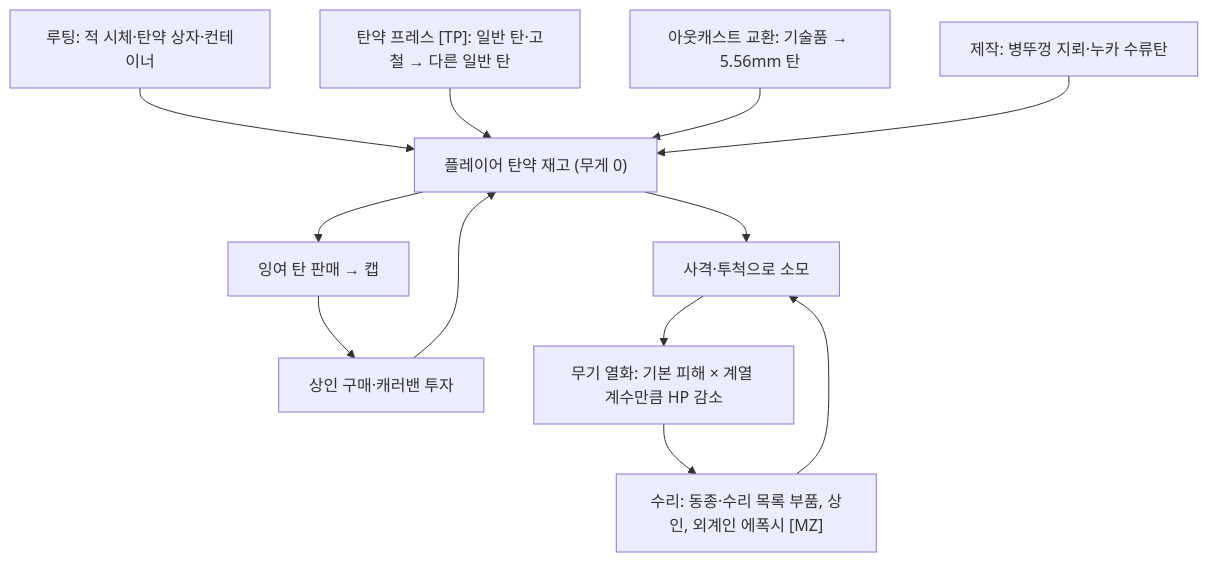
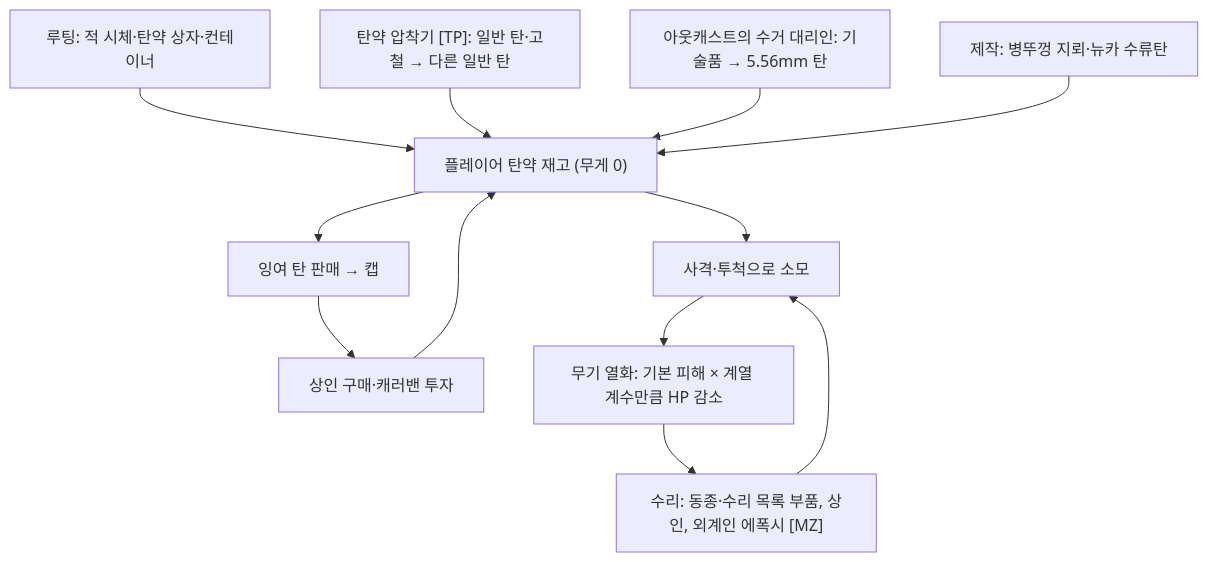
One commit to forsurvive/003 changed the first of 2 diagrams in docs/reverse-design/19_weapons-ammo.md. Above: the diagram before and after it, drawn with Mermaid. The commit also changed other lines of this file and 21 other files, not shown here.

````diff
--- a/docs/reverse-design/19_weapons-ammo.md
+++ b/docs/reverse-design/19_weapons-ammo.md
@@ -510,14 +511,14 @@
 ```mermaid
 flowchart TD
     A["루팅: 적 시체·탄약 상자·컨테이너"] --> P["플레이어 탄약 재고 (무게 0)"]
     B["상인 구매·캐러밴 투자"] --> P
-    C["탄약 프레스 [TP]: 일반 탄·고철 → 다른 일반 탄"] --> P
-    D["아웃캐스트 교환: 기술품 → 5.56mm 탄"] --> P
-    E["제작: 병뚜껑 지뢰·누카 수류탄"] --> P
+    C["탄약 압착기 [TP]: 일반 탄·고철 → 다른 일반 탄"] --> P
+    D["아웃캐스트의 수거 대리인: 기술품 → 5.56mm 탄"] --> P
+    E["제작: 병뚜껑 지뢰·뉴카 수류탄"] --> P
     P --> F["사격·투척으로 소모"]
     F --> G["무기 열화: 기본 피해 × 계열 계수만큼 HP 감소"]
     G --> H["수리: 동종·수리 목록 부품, 상인, 외계인 에폭시 [MZ]"]
     H --> F
     P --> S["잉여 탄 판매 → 캡"]
     S --> B
 ```
````
